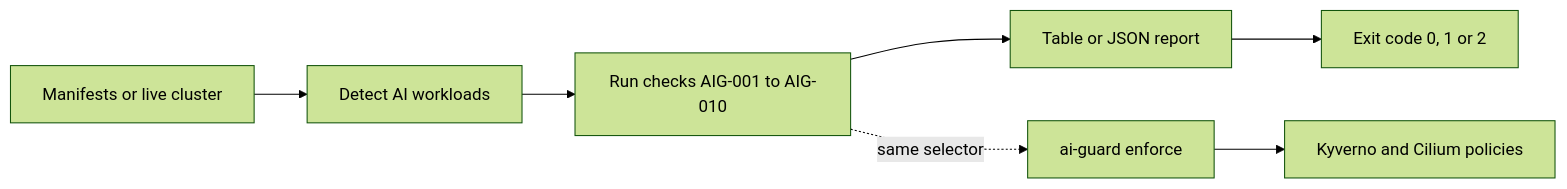
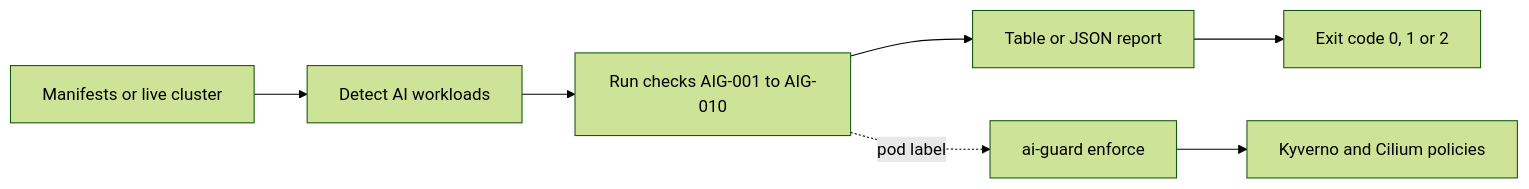
Before and after one commit to sv222/ai-guard-k8s: the diagram in README.md, drawn with Mermaid (forest theme). The commit also changed other lines of this file and 5 other files, not shown here.

Commit message:
feat: warn when an AI workload lacks the enforce label

````diff
--- a/README.md
+++ b/README.md
@@ -130,9 +130,9 @@
 ```mermaid
 flowchart LR
     A[Manifests or live cluster] --> B[Detect AI workloads]
     B --> C[Run checks AIG-001 to AIG-010]
     C --> D[Table or JSON report]
     D --> E[Exit code 0, 1 or 2]
-    C -.->|same selector| F[ai-guard enforce]
+    C -.->|pod label| F[ai-guard enforce]
     F --> G[Kyverno and Cilium policies]
 ```
````
